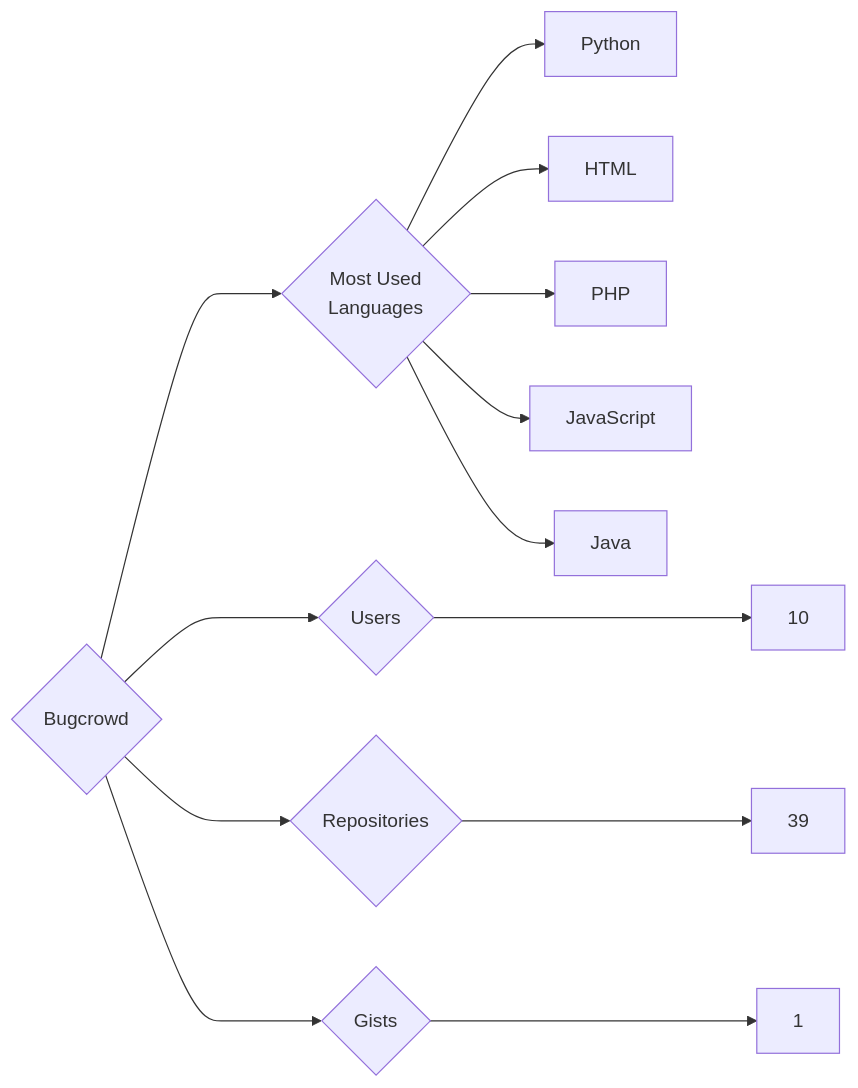
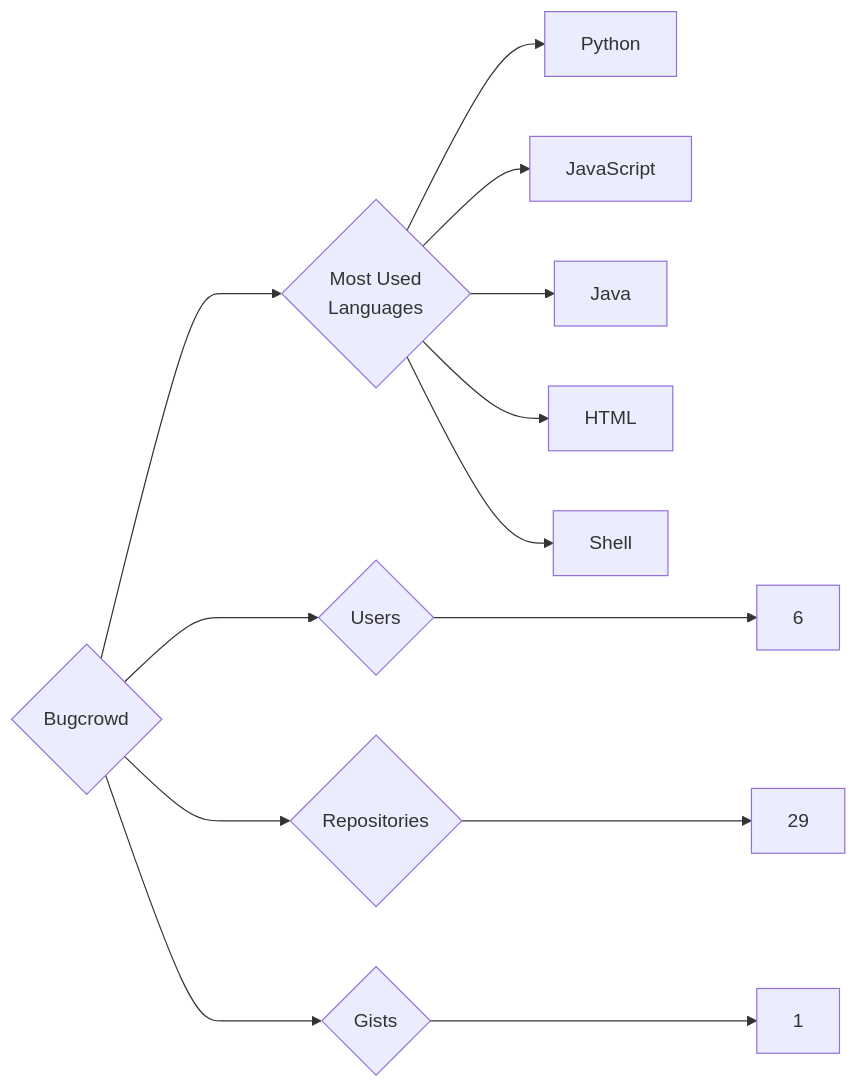
One commit to trickest/insiders changed the diagram in targets/Bugcrowd/README.md. Above: the diagram before and after it, drawn with Mermaid. The commit also changed 942 other files, not shown here.

````diff
--- a/targets/Bugcrowd/README.md
+++ b/targets/Bugcrowd/README.md
@@ -3,13 +3,13 @@
 ```mermaid
 graph LR
 COMPANY_NAME{Bugcrowd}
-COMPANY_NAME ---> U{Users} ---> UN[10]
-COMPANY_NAME ---> R{Repositories} ---> RN[39]
+COMPANY_NAME ---> U{Users} ---> UN[6]
+COMPANY_NAME ---> R{Repositories} ---> RN[29]
 COMPANY_NAME ---> G{Gists} ---> GN[1]
 COMPANY_NAME ---> ML{Most Used<br>Languages}
 ML --> Python[Python]
-ML --> HTML[HTML]
-ML --> PHP[PHP]
 ML --> JavaScript[JavaScript]
 ML --> Java[Java]
+ML --> HTML[HTML]
+ML --> Shell[Shell]
 ```
````
